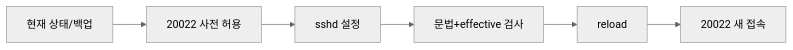
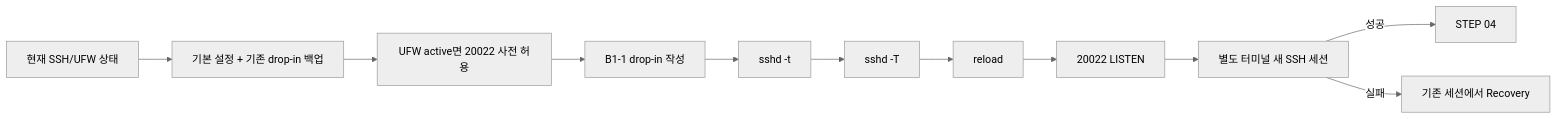
One commit to MetaStudy999/codyssey-basic-b1-1-system-monitor changed the third of 12 diagrams in training/round-01-clear/BEGINNER-GUIDE.md. Above: the diagram before and after it, drawn with Mermaid (neutral theme). The commit also changed other lines of this file, not shown here.

Commit message:
docs: harden B1-1 STEP 03 SSH transition and recovery

````diff
--- a/training/round-01-clear/BEGINNER-GUIDE.md
+++ b/training/round-01-clear/BEGINNER-GUIDE.md
@@ -568,8 +581,13 @@
 ```mermaid
 flowchart LR
-    A[현재 상태/백업] --> B[20022 사전 허용]
-    B --> C[sshd 설정]
-    C --> D[문법+effective 검사]
-    D --> E[reload]
-    E --> F[20022 새 접속]
+    A[현재 SSH/UFW 상태] --> B[기본 설정 + 기존 drop-in 백업]
+    B --> C[UFW active면 20022 사전 허용]
+    C --> D[B1-1 drop-in 작성]
+    D --> E[sshd -t]
+    E --> F[sshd -T]
+    F --> G[reload]
+    G --> H[20022 LISTEN]
+    H --> I[별도 터미널 새 SSH 세션]
+    I -->|성공| J[STEP 04]
+    I -->|실패| K[기존 세션에서 Recovery]
 ```
````
